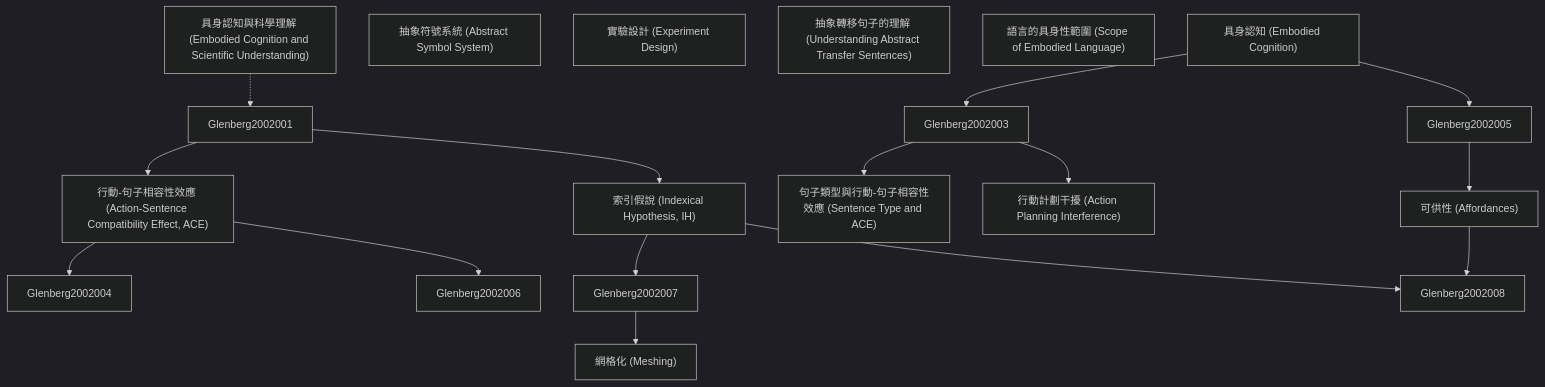
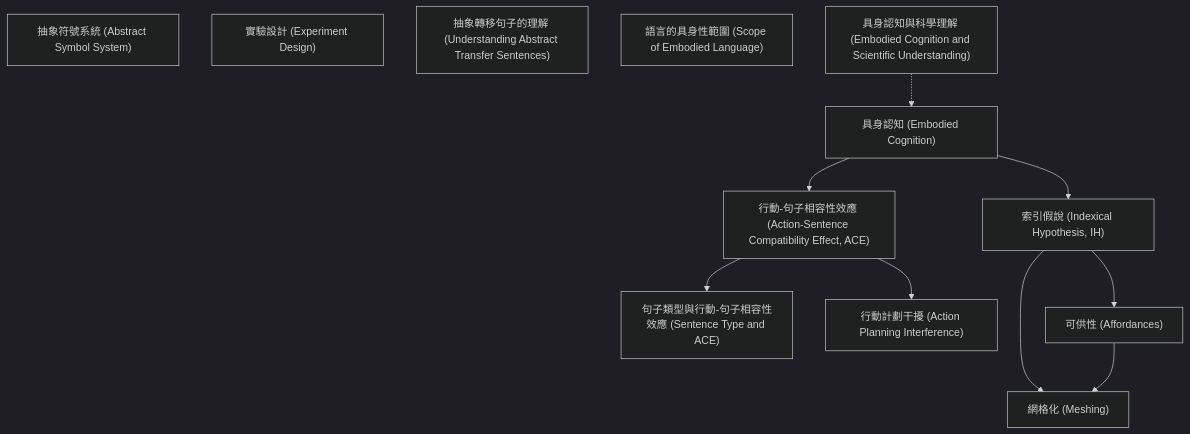
The diagram in output/zettelkasten_notes/zettel_Glenberg-2002_20251104/zettel_index.md (SCgeeker/Claude_Journal_Club_Agents), drawn with Mermaid (dark theme) before and after one commit. The commit also changed 776 other files, not shown here.

````diff
--- a/output/zettelkasten_notes/zettel_Glenberg-2002_20251104/zettel_index.md
+++ b/output/zettelkasten_notes/zettel_Glenberg-2002_20251104/zettel_index.md
@@ -92,56 +92,46 @@
 ```mermaid
 graph TD
 
     Glenberg-2002-001["具身認知 (Embodied Cognition)"]
 
     Glenberg-2002-002["抽象符號系統 (Abstract Symbol System)"]
 
     Glenberg-2002-003["行動-句子相容性效應 (Action-Sentence Compatibility Effect, ACE)"]
 
     Glenberg-2002-004["句子類型與行動-句子相容性效應 (Sentence Type and ACE)"]
 
     Glenberg-2002-005["索引假說 (Indexical Hypothesis, IH)"]
 
     Glenberg-2002-006["行動計劃干擾 (Action Planning Interference)"]
 
     Glenberg-2002-007["可供性 (Affordances)"]
 
     Glenberg-2002-008["網格化 (Meshing)"]
 
     Glenberg-2002-009["實驗設計 (Experiment Design)"]
 
     Glenberg-2002-010["抽象轉移句子的理解 (Understanding Abstract Transfer Sentences)"]
 
     Glenberg-2002-011["語言的具身性範圍 (Scope of Embodied Language)"]
 
     Glenberg-2002-012["具身認知與科學理解 (Embodied Cognition and Scientific Understanding)"]
 
-    Glenberg-2002-001 --> Glenberg2002003
+    Glenberg-2002-001 --> Glenberg-2002-003
 
-    Glenberg-2002-001 --> Glenberg2002005
+    Glenberg-2002-001 --> Glenberg-2002-005
 
-    Glenberg2002001 --> Glenberg-2002-003
 
-    Glenberg-2002-003 --> Glenberg2002004
+    Glenberg-2002-003 --> Glenberg-2002-004
 
-    Glenberg-2002-003 --> Glenberg2002006
+    Glenberg-2002-003 --> Glenberg-2002-006
 
-    Glenberg2002003 --> Glenberg-2002-004
+    Glenberg-2002-005 --> Glenberg-2002-007
 
-    Glenberg2002001 --> Glenberg-2002-005
+    Glenberg-2002-005 --> Glenberg-2002-008
 
-    Glenberg-2002-005 --> Glenberg2002007
+    Glenberg-2002-007 --> Glenberg-2002-008
 
-    Glenberg-2002-005 --> Glenberg2002008
 
-    Glenberg2002003 --> Glenberg-2002-006
-
-    Glenberg2002005 --> Glenberg-2002-007
-
-    Glenberg-2002-007 --> Glenberg2002008
-
-    Glenberg2002007 --> Glenberg-2002-008
-
-    Glenberg-2002-012 -.-> Glenberg2002001
+    Glenberg-2002-012 -.-> Glenberg-2002-001
 
 ```
````
